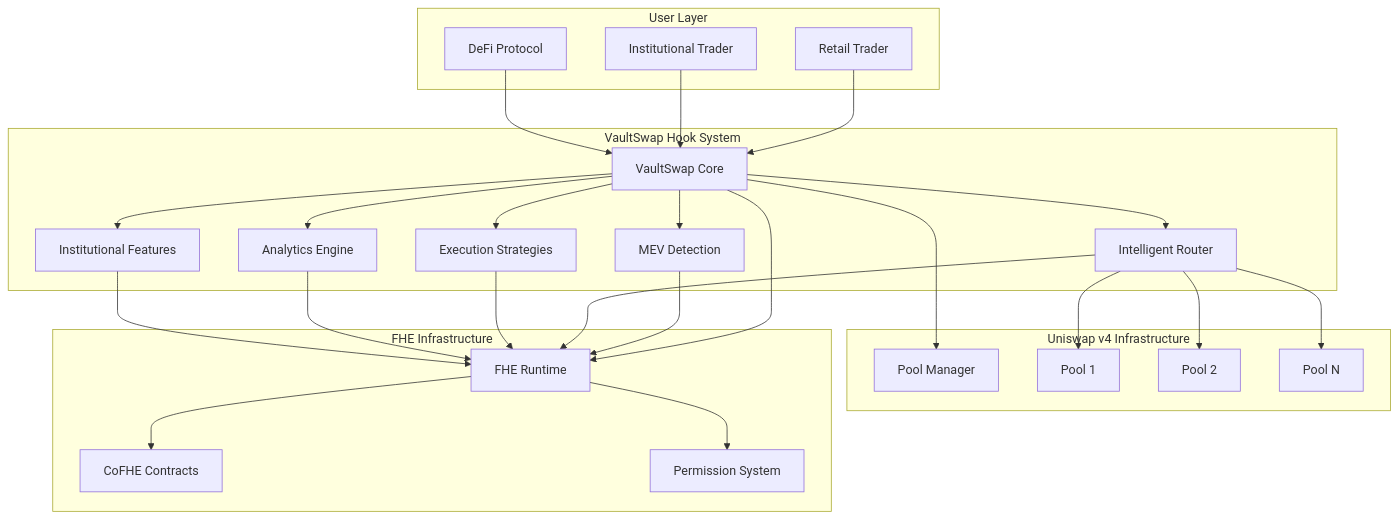
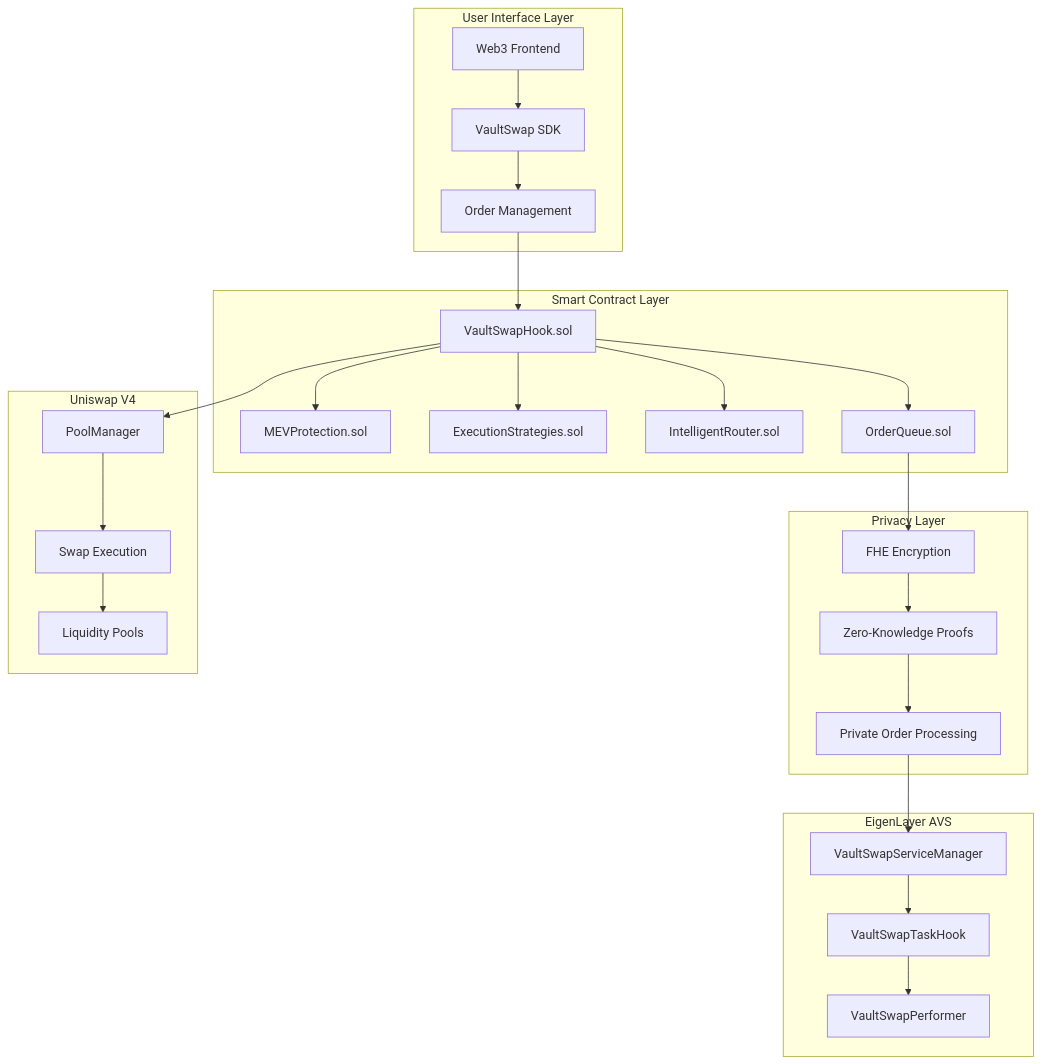
One commit to Najnomics/VaultSwap-Hook changed the diagram in docs/ARCHITECTURE.md. Above: the diagram before and after it, drawn with Mermaid. The commit also changed other lines of this file and 52 other files, not shown here.

````diff
--- a/docs/ARCHITECTURE.md
+++ b/docs/ARCHITECTURE.md
@@ -25,55 +11,33 @@
 ```mermaid
 graph TB
-    subgraph "User Layer"
-        U1[Retail Trader]
-        U2[Institutional Trader]
-        U3[DeFi Protocol]
+    subgraph "User Interface Layer"
+        A[Web3 Frontend] --> B[VaultSwap SDK]
+        B --> C[Order Management]
     end
     
-    subgraph "VaultSwap Hook System"
-        VS[VaultSwap Core]
-        MEV[MEV Detection]
-        ROUTER[Intelligent Router]
-        EXEC[Execution Strategies]
-        ANALYTICS[Analytics Engine]
-        INST[Institutional Features]
+    subgraph "Smart Contract Layer"
+        C --> D[VaultSwapHook.sol]
+        D --> E[MEVProtection.sol]
+        D --> F[ExecutionStrategies.sol]
+        D --> G[IntelligentRouter.sol]
+        D --> H[OrderQueue.sol]
     end
     
-    subgraph "Uniswap v4 Infrastructure"
-        PM[Pool Manager]
-        P1[Pool 1]
-        P2[Pool 2]
-        P3[Pool N]
+    subgraph "Privacy Layer"
+        H --> I[FHE Encryption]
+        I --> J[Zero-Knowledge Proofs]
+        J --> K[Private Order Processing]
     end
     
-    subgraph "FHE Infrastructure"
-        FHE[FHE Runtime]
-        COFHE[CoFHE Contracts]
-        PERM[Permission System]
+    subgraph "EigenLayer AVS"
+        K --> L[VaultSwapServiceManager]
+        L --> M[VaultSwapTaskHook]
+        M --> N[VaultSwapPerformer]
     end
     
-    U1 --> VS
-    U2 --> VS
-    U3 --> VS
-    
-    VS --> MEV
-    VS --> ROUTER
-    VS --> EXEC
-    VS --> ANALYTICS
-    VS --> INST
-    
-    VS --> PM
-    ROUTER --> P1
-    ROUTER --> P2
-    ROUTER --> P3
-    
-    VS --> FHE
-    MEV --> FHE
-    ROUTER --> FHE
-    EXEC --> FHE
-    ANALYTICS --> FHE
-    INST --> FHE
-    
-    FHE --> COFHE
-    FHE --> PERM
+    subgraph "Uniswap V4"
+        D --> O[PoolManager]
+        O --> P[Swap Execution]
+        P --> Q[Liquidity Pools]
+    end
 ```
````
